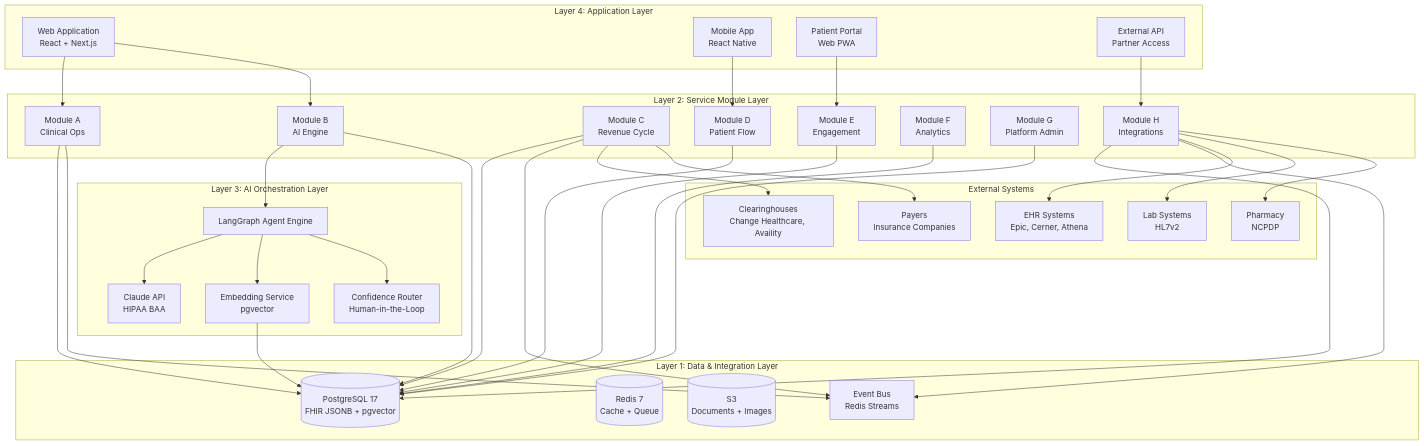
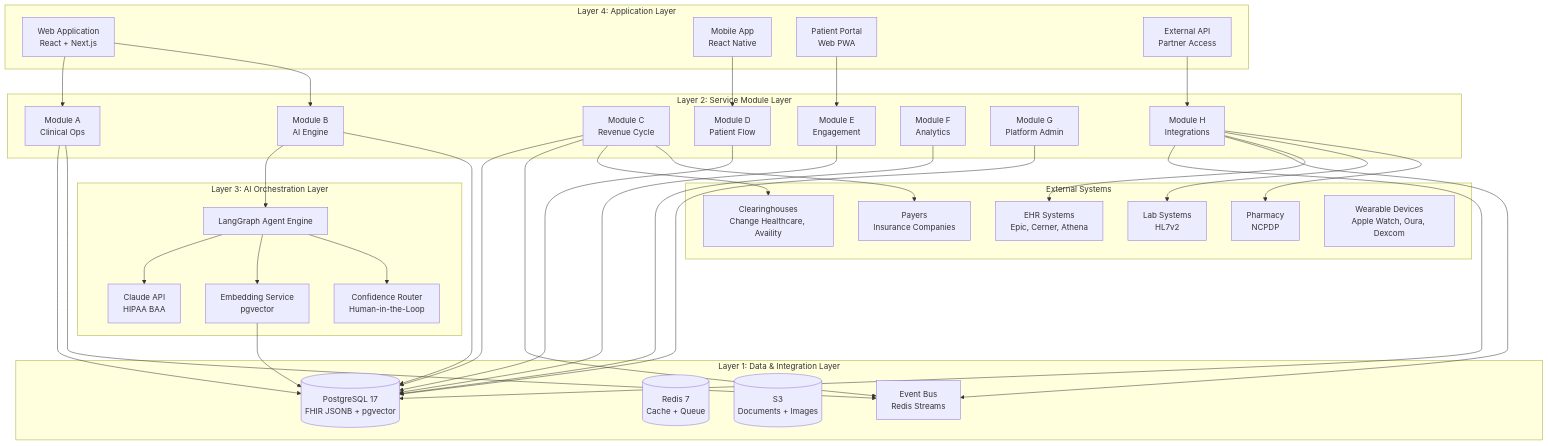
One commit to 0xultravioleta/medos changed the first of 9 diagrams in 04-architecture/system-design/System-Architecture-Overview.md. Above: the diagram before and after it, drawn with Mermaid. The commit also changed other lines of this file and 7 other files, not shown here.

````diff
--- a/04-architecture/system-design/System-Architecture-Overview.md
+++ b/04-architecture/system-design/System-Architecture-Overview.md
@@ -23,74 +23,75 @@
 ```mermaid
 graph TB
     subgraph "Layer 4: Application Layer"
         WEB[Web Application<br/>React + Next.js]
         MOBILE[Mobile App<br/>React Native]
         PORTAL[Patient Portal<br/>Web PWA]
         EXT_API[External API<br/>Partner Access]
     end
 
     subgraph "Layer 3: AI Orchestration Layer"
         LANGGRAPH[LangGraph Agent Engine]
         CLAUDE[Claude API<br/>HIPAA BAA]
         EMBEDDINGS[Embedding Service<br/>pgvector]
         CONFIDENCE[Confidence Router<br/>Human-in-the-Loop]
     end
 
     subgraph "Layer 2: Service Module Layer"
         MOD_A[Module A<br/>Clinical Ops]
         MOD_B[Module B<br/>AI Engine]
         MOD_C[Module C<br/>Revenue Cycle]
         MOD_D[Module D<br/>Patient Flow]
         MOD_E[Module E<br/>Engagement]
         MOD_F[Module F<br/>Analytics]
         MOD_G[Module G<br/>Platform Admin]
         MOD_H[Module H<br/>Integrations]
     end
 
     subgraph "Layer 1: Data & Integration Layer"
         PG[(PostgreSQL 17<br/>FHIR JSONB + pgvector)]
         REDIS[(Redis 7<br/>Cache + Queue)]
         S3[(S3<br/>Documents + Images)]
         EVENT[Event Bus<br/>Redis Streams]
     end
 
     subgraph "External Systems"
         EHR[EHR Systems<br/>Epic, Cerner, Athena]
         PAYER[Payers<br/>Insurance Companies]
         CLEAR[Clearinghouses<br/>Change Healthcare, Availity]
         LAB[Lab Systems<br/>HL7v2]
         PHARM[Pharmacy<br/>NCPDP]
+        DEVICE[Wearable Devices<br/>Apple Watch, Oura, Dexcom]
     end
 
     WEB --> MOD_A
     WEB --> MOD_B
     MOBILE --> MOD_D
     PORTAL --> MOD_E
     EXT_API --> MOD_H
 
     MOD_B --> LANGGRAPH
     LANGGRAPH --> CLAUDE
     LANGGRAPH --> EMBEDDINGS
     LANGGRAPH --> CONFIDENCE
 
     MOD_A --> PG
     MOD_B --> PG
     MOD_C --> PG
     MOD_D --> PG
     MOD_E --> PG
     MOD_F --> PG
     MOD_G --> PG
     MOD_H --> PG
 
     MOD_A --> EVENT
     MOD_C --> EVENT
     MOD_H --> EVENT
 
     MOD_H --> EHR
     MOD_C --> CLEAR
     MOD_C --> PAYER
     MOD_H --> LAB
     MOD_H --> PHARM
 
     EMBEDDINGS --> PG
 ```
````
